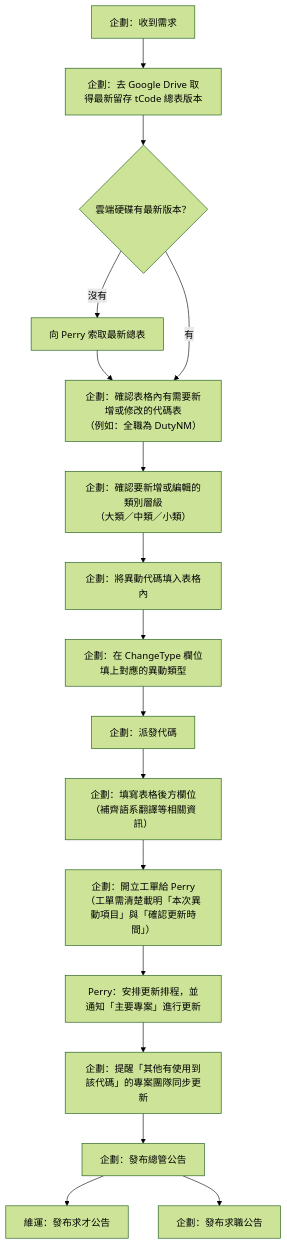
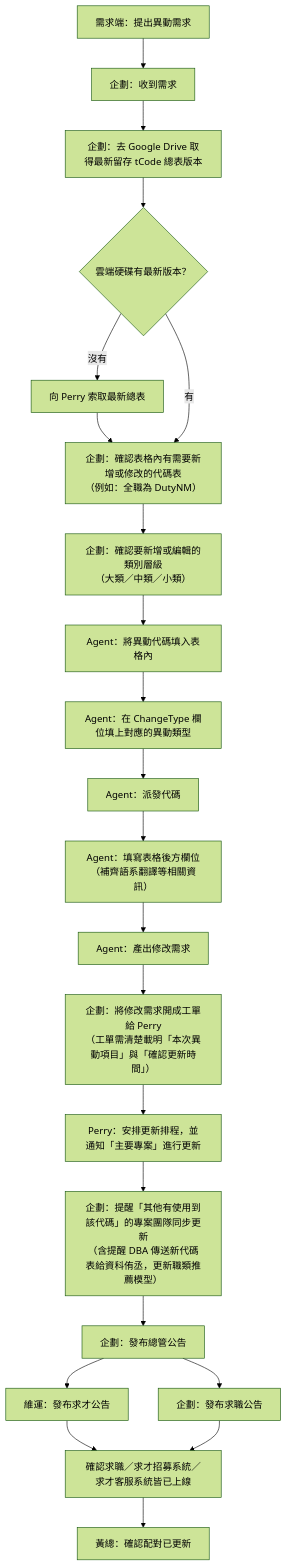
One commit to SulfurCreek/main changed the diagram in job-classification-kb/tcode/04-change-workflow-sop.md. Above: the diagram before and after it, drawn with Mermaid (forest theme). The commit also changed other lines of this file, not shown here.

Commit message:
04-change-workflow-sop: add 需求端 start, Agent steps, DBA/黃總 confirmation, flowchart links
- Flowchart now starts from 需求端 before 企劃 收到需求.
- The four mechanical form-filling steps (填代碼/ChangeType/派發代碼/補翻譯)
  plus a new "產出修改需求" step are now attributed to Agent (Claude/
  Antigravity), not 企劃 — they're the ones an AI agent can do.
- Ticket step renamed to 將修改需求開成工單給 Perry per the actual wording.
- Added DBA → 資科侑丞 (updates the job-recommendation model) as an
  explicit sync step, and a final confirmation stage (求職/求才招募/
  求才客服系統上線 → 黃總確認配對已更新) after the announcements.
- Mermaid flowchart nodes for 表格對照/大中小類/ChangeType now link
  (via HTML anchors + mermaid click) to their explainer sections below.

Claude-Session: https://claude.ai/code/session_01UHEjnAEkd1cRB7C9gHkUcj

````diff
--- a/job-classification-kb/tcode/04-change-workflow-sop.md
+++ b/job-classification-kb/tcode/04-change-workflow-sop.md
@@ -5,19 +5,28 @@
 ```mermaid
 flowchart TD
-    A["企劃：收到需求"] --> B["企劃：去 Google Drive 取得最新留存 tCode 總表版本"]
+    Z["需求端：提出異動需求"] --> A["企劃：收到需求"]
+    A --> B["企劃：去 Google Drive 取得最新留存 tCode 總表版本"]
     B --> C{雲端硬碟有最新版本？}
     C -- 沒有 --> D["向 Perry 索取最新總表"]
     D --> E
     C -- 有 --> E["企劃：確認表格內有需要新增或修改的代碼表<br/>（例如：全職為 DutyNM）"]
     E --> F["企劃：確認要新增或編輯的類別層級<br/>（大類／中類／小類）"]
-    F --> G["企劃：將異動代碼填入表格內"]
-    G --> H["企劃：在 ChangeType 欄位填上對應的異動類型"]
-    H --> I["企劃：派發代碼"]
-    I --> J["企劃：填寫表格後方欄位<br/>（補齊語系翻譯等相關資訊）"]
-    J --> K["企劃：開立工單給 Perry<br/>（工單需清楚載明「本次異動項目」與「確認更新時間」）"]
+    F --> G["Agent：將異動代碼填入表格內"]
+    G --> H["Agent：在 ChangeType 欄位填上對應的異動類型"]
+    H --> I["Agent：派發代碼"]
+    I --> J["Agent：填寫表格後方欄位<br/>（補齊語系翻譯等相關資訊）"]
+    J --> J2["Agent：產出修改需求"]
+    J2 --> K["企劃：將修改需求開成工單給 Perry<br/>（工單需清楚載明「本次異動項目」與「確認更新時間」）"]
     K --> L["Perry：安排更新排程，並通知「主要專案」進行更新"]
-    L --> M["企劃：提醒「其他有使用到該代碼」的專案團隊同步更新"]
+    L --> M["企劃：提醒「其他有使用到該代碼」的專案團隊同步更新<br/>（含提醒 DBA 傳送新代碼表給資科侑丞，更新職類推薦模型）"]
     M --> N["企劃：發布總管公告"]
     N --> O["維運：發布求才公告"]
     N --> P["企劃：發布求職公告"]
+    O --> Q["確認求職／求才招募系統／求才客服系統皆已上線"]
+    P --> Q
+    Q --> R["黃總：確認配對已更新"]
+
+    click E "#代碼表對照" "哪些表對應什麼內容"
+    click F "#大中小類怎麼分" "大類／中類／小類怎麼分辨"
+    click H "#changetype-說明" "ChangeType 每個值代表什麼"
 ```
````
